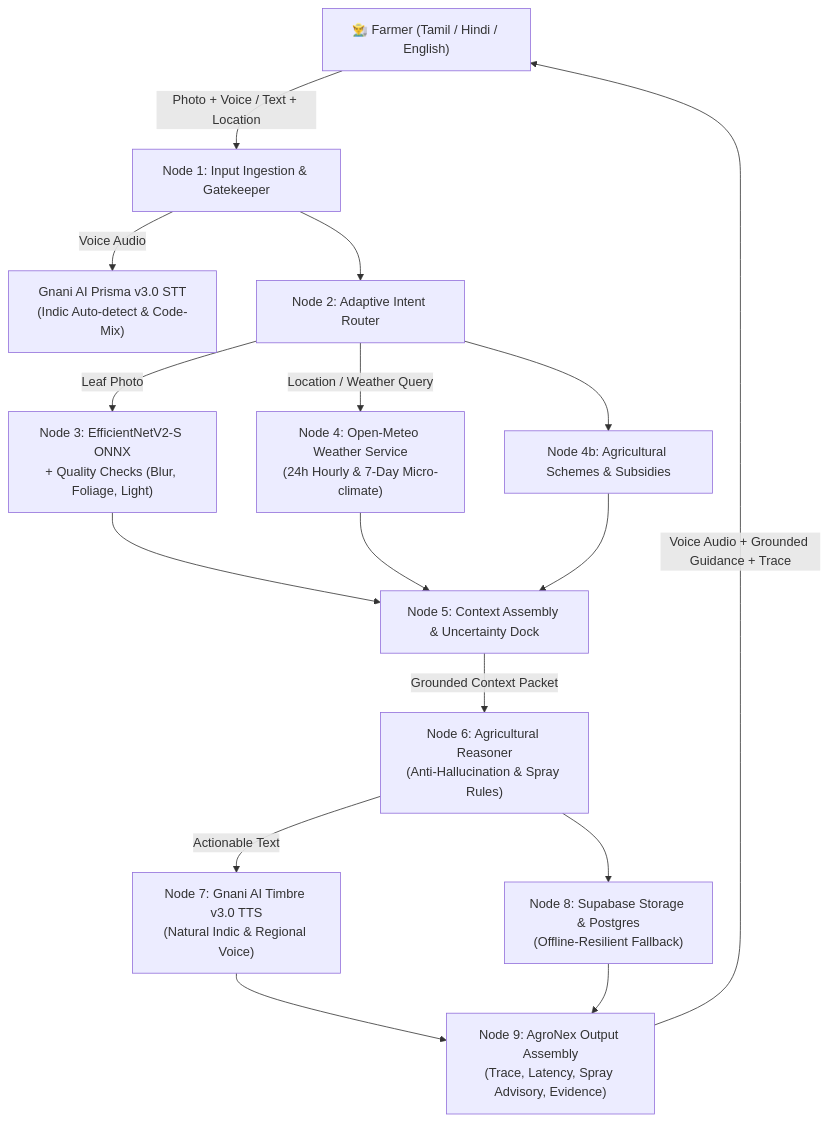
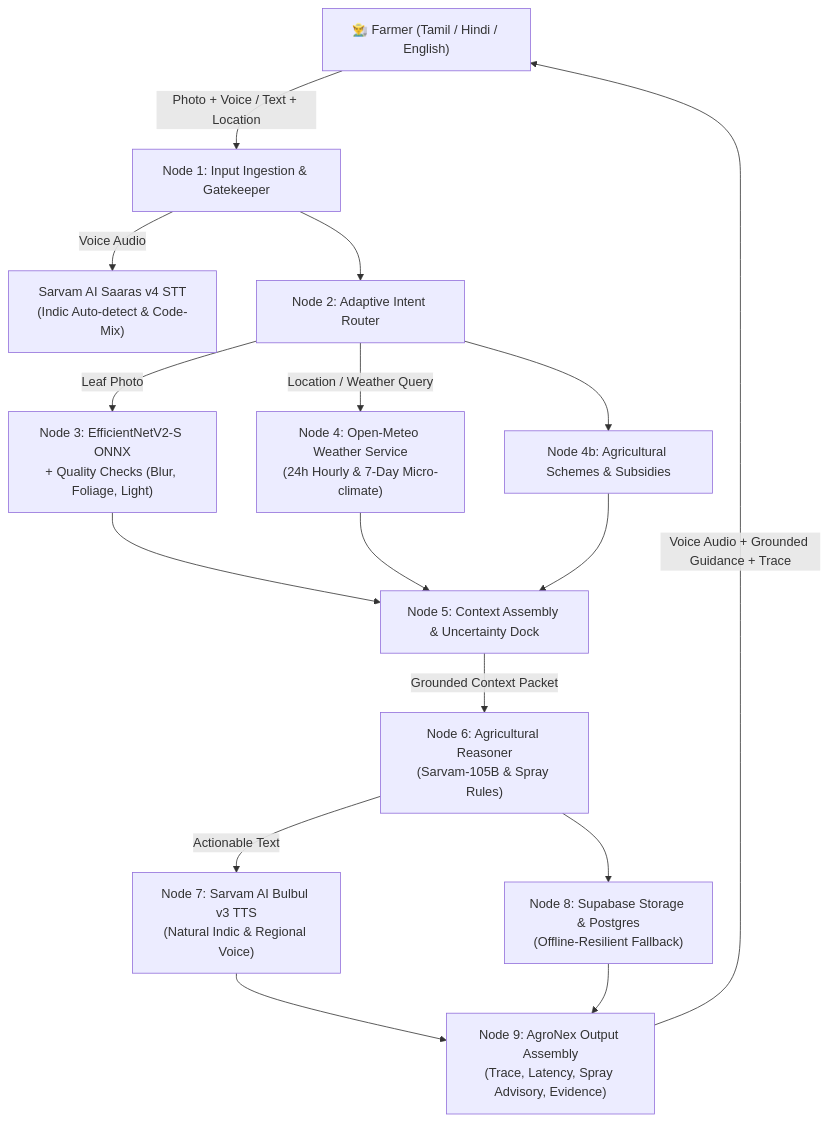
Before and after one commit to DHANUSH-PRO11/CropGuard-AI: the diagram in README.md, drawn with Mermaid. The commit also changed other lines of this file and 13 other files, not shown here.

Commit message:
integrations from Gnani AI to Sarvam AI models

````diff
--- a/README.md
+++ b/README.md
@@ -28,22 +28,22 @@
 ```mermaid
 graph TD
     User["👨‍🌾 Farmer (Tamil / Hindi / English)"] -->|"Photo + Voice / Text + Location"| Ingestion["Node 1: Input Ingestion & Gatekeeper"]
-    Ingestion -->|"Voice Audio"| STT["Gnani AI Prisma v3.0 STT<br/>(Indic Auto-detect & Code-Mix)"]
+    Ingestion -->|"Voice Audio"| STT["Sarvam AI Saaras v4 STT<br/>(Indic Auto-detect & Code-Mix)"]
     Ingestion --> Router["Node 2: Adaptive Intent Router"]
     
     Router -->|"Leaf Photo"| VisionTool["Node 3: EfficientNetV2-S ONNX<br/>+ Quality Checks (Blur, Foliage, Light)"]
     Router -->|"Location / Weather Query"| WeatherTool["Node 4: Open-Meteo Weather Service<br/>(24h Hourly & 7-Day Micro-climate)"]
     Router --> SchemesTool["Node 4b: Agricultural Schemes & Subsidies"]
     
     VisionTool --> ContextAssembly["Node 5: Context Assembly & Uncertainty Dock"]
     WeatherTool --> ContextAssembly
     SchemesTool --> ContextAssembly
     
-    ContextAssembly -->|"Grounded Context Packet"| ReasoningAgent["Node 6: Agricultural Reasoner<br/>(Anti-Hallucination & Spray Rules)"]
-    ReasoningAgent -->|"Actionable Text"| VoiceTTS["Node 7: Gnani AI Timbre v3.0 TTS<br/>(Natural Indic & Regional Voice)"]
+    ContextAssembly -->|"Grounded Context Packet"| ReasoningAgent["Node 6: Agricultural Reasoner<br/>(Sarvam-105B & Spray Rules)"]
+    ReasoningAgent -->|"Actionable Text"| VoiceTTS["Node 7: Sarvam AI Bulbul v3 TTS<br/>(Natural Indic & Regional Voice)"]
     ReasoningAgent --> CloudPersistence["Node 8: Supabase Storage & Postgres<br/>(Offline-Resilient Fallback)"]
     
     VoiceTTS --> Assembly["Node 9: AgroNex Output Assembly<br/>(Trace, Latency, Spray Advisory, Evidence)"]
     CloudPersistence --> Assembly
     Assembly -->|"Voice Audio + Grounded Guidance + Trace"| User
 ```
````
